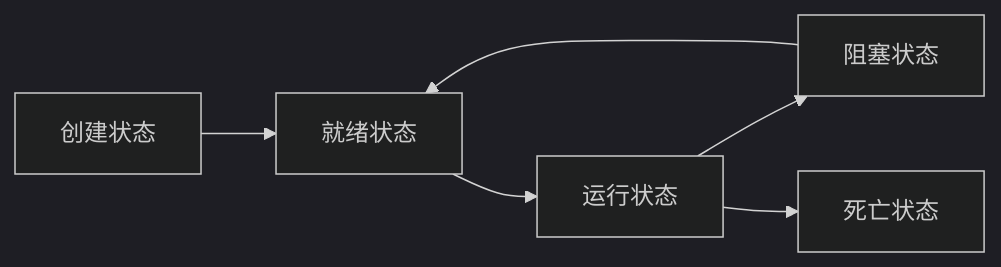
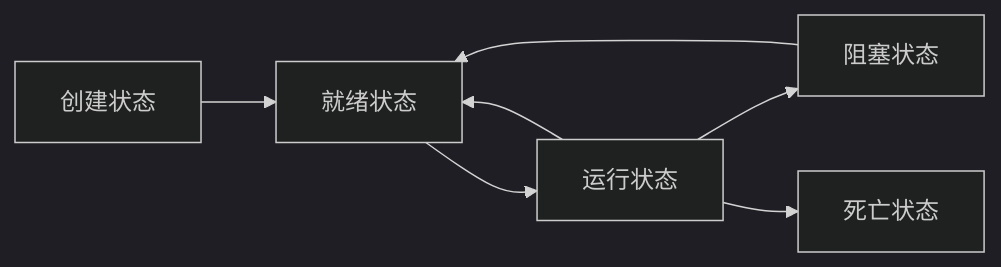
Before and after one commit to sqsqsqw/Java-Notepad: the diagram in basic/Thread.md, drawn with Mermaid (dark theme). The commit also changed other lines of this file, not shown here.

````diff
--- a/basic/Thread.md
+++ b/basic/Thread.md
@@ -181,13 +181,14 @@
 ```mermaid
 graph LR
 A[创建状态]
 B[就绪状态]
 C[阻塞状态]
 D[运行状态]
 E[死亡状态]
 A-->B
 B-->D
+D-->B
 D-->C
 C-->B
 D-->E
 ```
````
